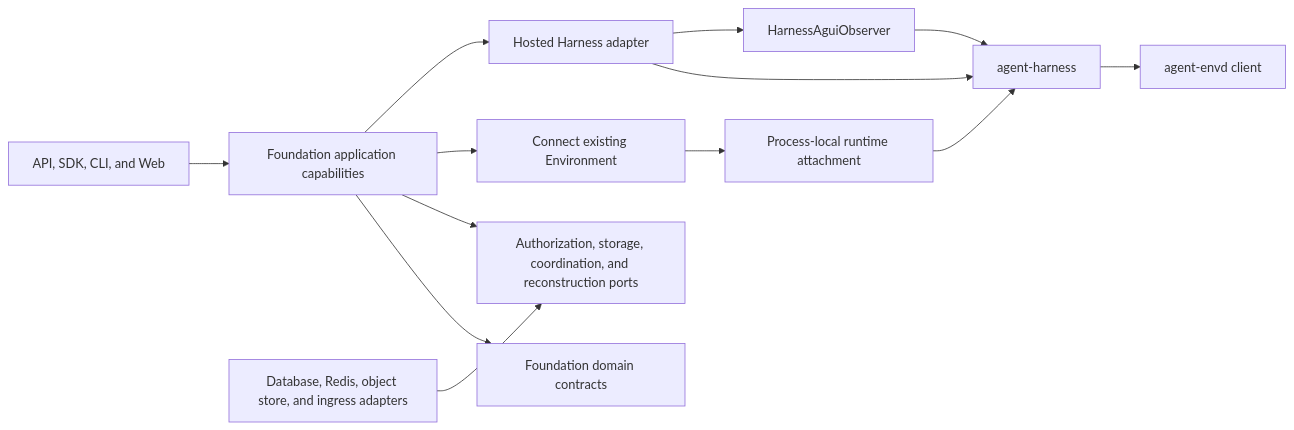
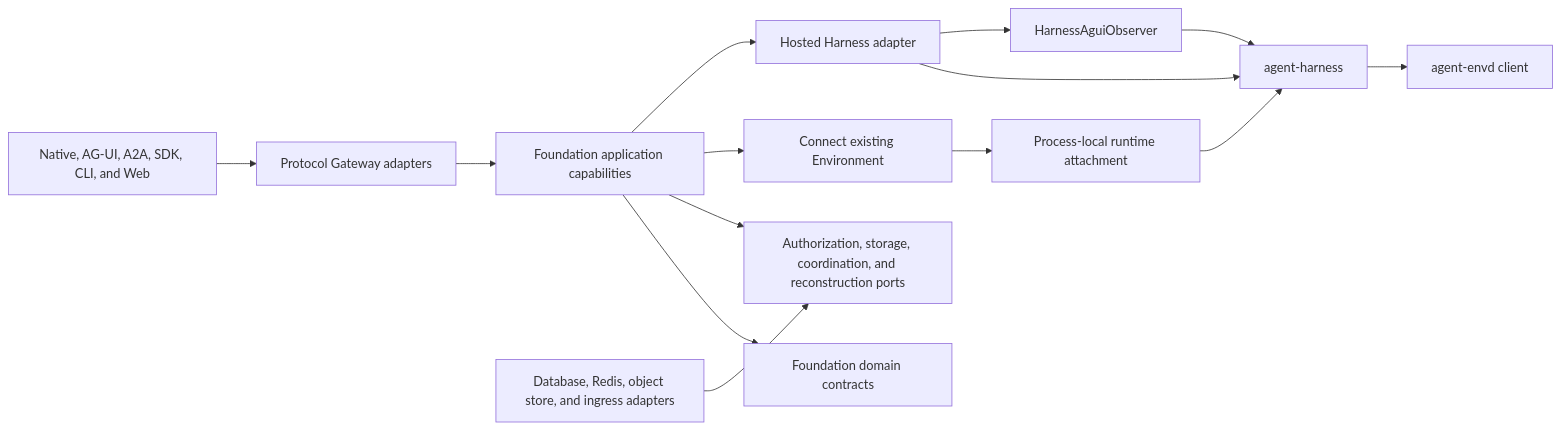
Before and after one commit to converge-ai-labs/agent-foundation: the third of 3 diagrams in spec/foundation-service/00-overview.md, drawn with Mermaid. The commit also changed other lines of this file and 17 other files, not shown here.

First line of the commit message:
docs(gateway): define service protocol gateway

````diff
--- a/spec/foundation-service/00-overview.md
+++ b/spec/foundation-service/00-overview.md
@@ -134,15 +140,16 @@
 ```mermaid
 flowchart LR
-    Surfaces[API, SDK, CLI, and Web] --> Applications[Foundation application capabilities]
+    Surfaces[Native, AG-UI, A2A, SDK, CLI, and Web] --> Gateway[Protocol Gateway adapters]
+    Gateway --> Applications[Foundation application capabilities]
     Applications --> Domain[Foundation domain contracts]
     Applications --> Ports[Authorization, storage, coordination, and reconstruction ports]
     Adapters[Database, Redis, object store, and ingress adapters] --> Ports
     Applications --> Connector[Connect existing Environment]
     Applications --> HostedHarness[Hosted Harness adapter]
     HostedHarness --> Harness[agent-harness]
     Connector --> Attachment[Process-local runtime attachment]
     Attachment --> Harness
     HostedHarness --> Observer[HarnessAguiObserver]
     Observer --> Harness
     Harness --> EnvdClient[agent-envd client]
 ```
````
